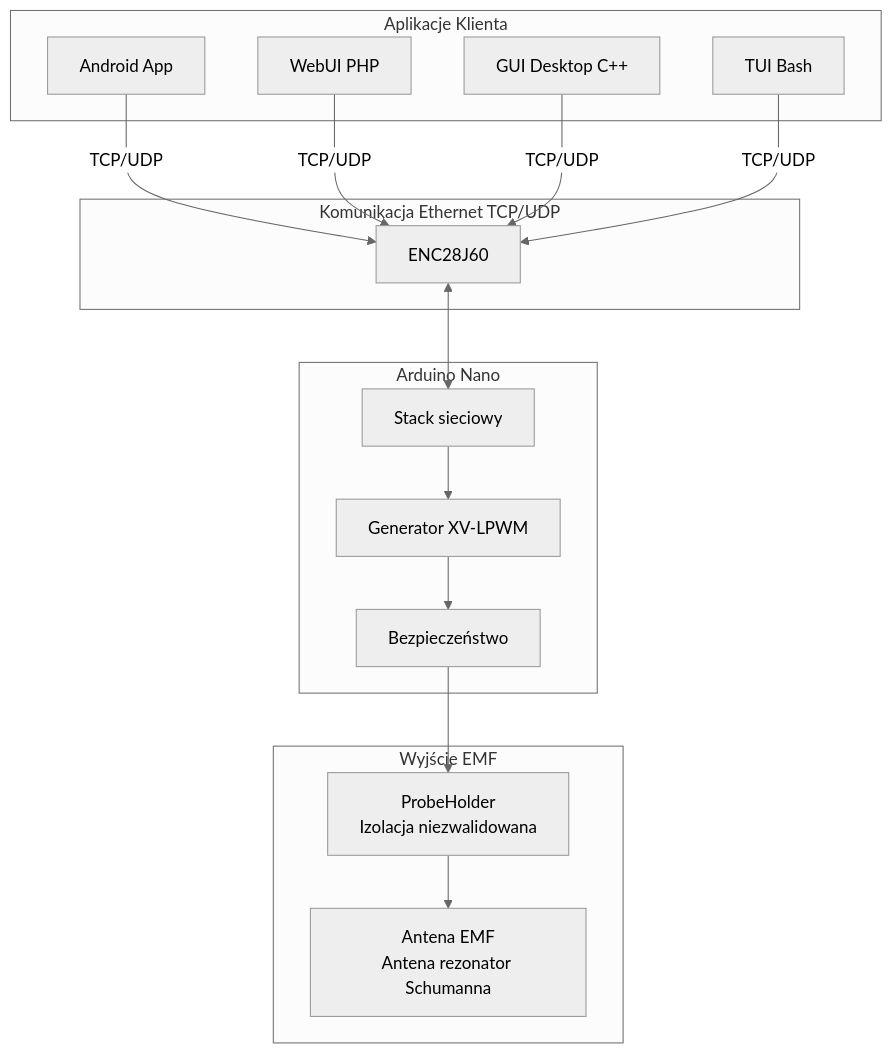
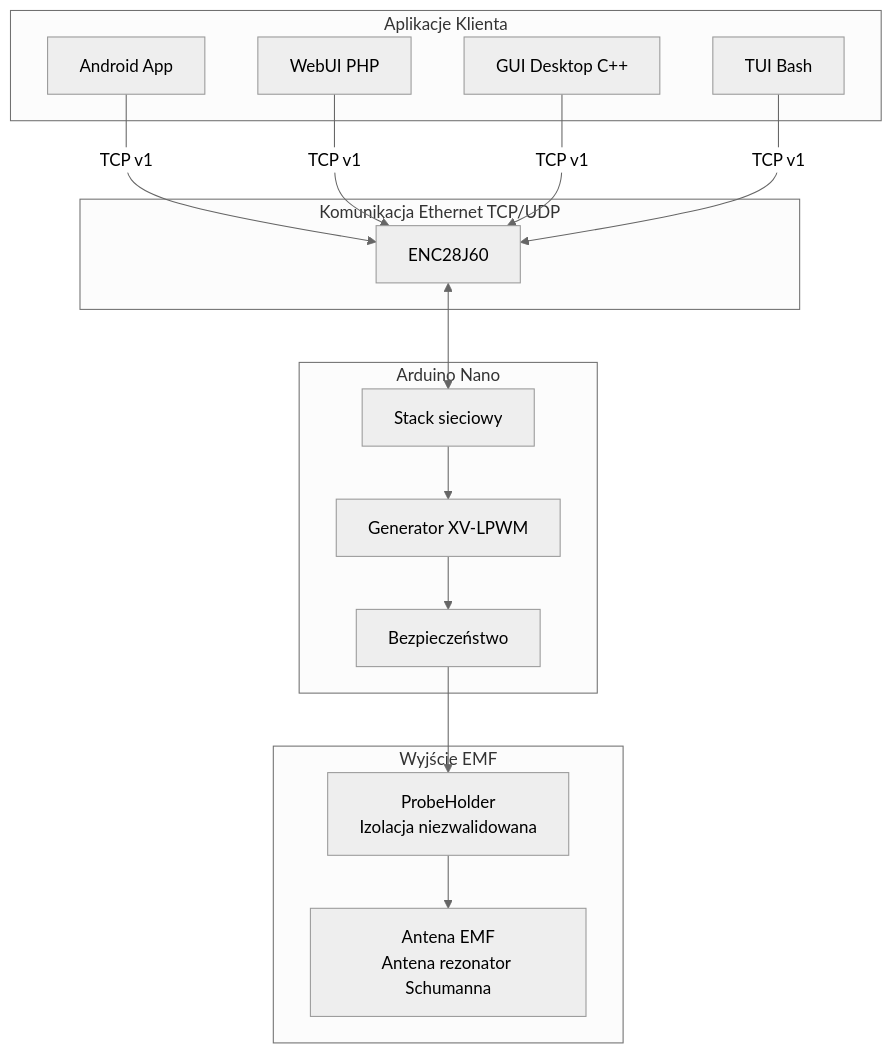
Before and after one commit to bartoszruta26-droid/Bioresonance: the diagram in README.md, drawn with Mermaid (neutral theme). The commit also changed other lines of this file, not shown here.

````diff
--- a/README.md
+++ b/README.md
@@ -72,35 +72,35 @@
 ```mermaid
 graph TD
     subgraph Klient["Aplikacje Klienta"]
         A[Android App]
         B[WebUI PHP]
         C[GUI Desktop C++]
         D[TUI Bash]
     end
 
     subgraph Sieć["Komunikacja Ethernet TCP/UDP"]
         E[ENC28J60]
     end
 
     subgraph Arduino["Arduino Nano"]
         F[Generator XV-LPWM]
         G[Bezpieczeństwo]
         H[Stack sieciowy]
     end
 
     subgraph Wyjście["Wyjście EMF"]
         I[ProbeHolder<br/>Izolacja niezwalidowana]
         J[Antena EMF<br/>Antena rezonator Schumanna]
     end
 
-    A -->|TCP/UDP| E
-    B -->|TCP/UDP| E
-    C -->|TCP/UDP| E
-    D -->|TCP/UDP| E
+    A -->|TCP v1| E
+    B -->|TCP v1| E
+    C -->|TCP v1| E
+    D -->|TCP v1| E
     
     E <--> H
     H --> F
     F --> G
     G --> I
     I --> J
 ```
````
